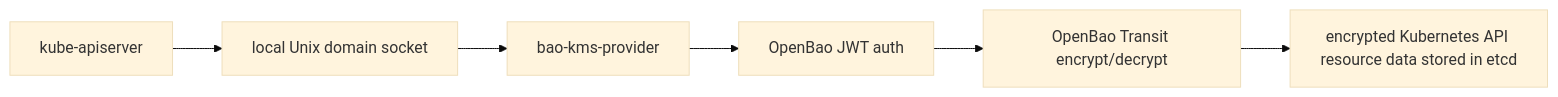
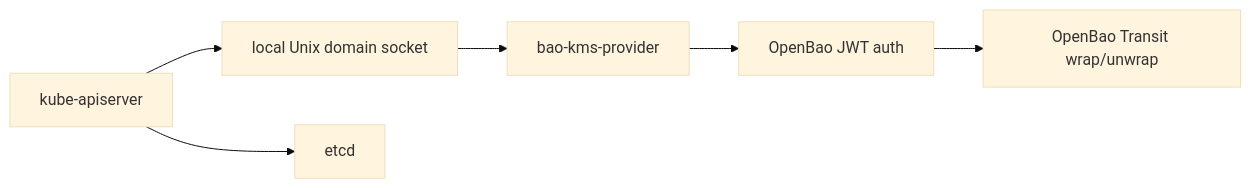
Before and after one commit to dc-tec/openbao-kubernetes-kms: the diagram in docs/getting-started/overview.md, drawn with Mermaid (base theme). The commit also changed other lines of this file and 50 other files, not shown here.

````diff
--- a/docs/getting-started/overview.md
+++ b/docs/getting-started/overview.md
@@ -15,11 +15,12 @@
 ```mermaid
 flowchart LR
     API["kube-apiserver"]
     Socket["local Unix domain socket"]
     Plugin["bao-kms-provider"]
     Auth["OpenBao JWT auth"]
-    Transit["OpenBao Transit encrypt/decrypt"]
-    Etcd["encrypted Kubernetes API resource data stored in etcd"]
+    Transit["OpenBao Transit wrap/unwrap"]
+    Etcd["etcd"]
 
-    API --> Socket --> Plugin --> Auth --> Transit --> Etcd
+    API --> Socket --> Plugin --> Auth --> Transit
+    API --> Etcd
 ```
````
